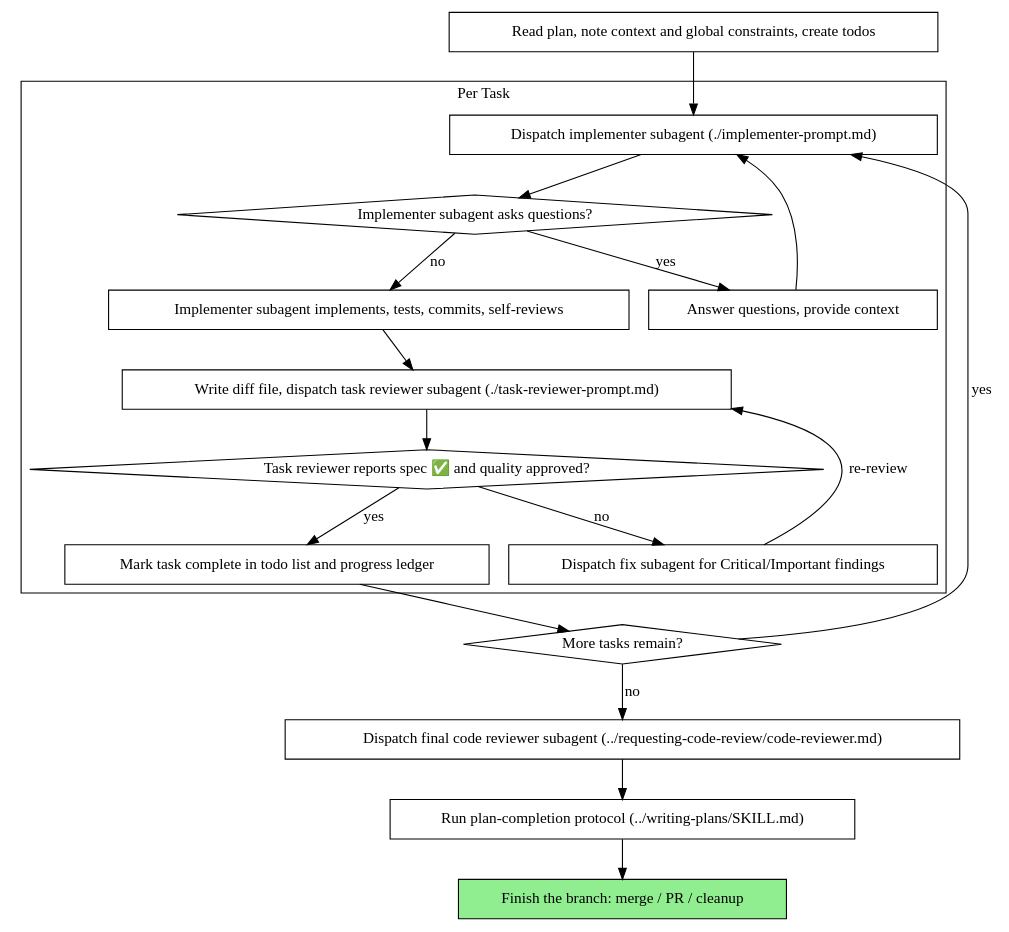
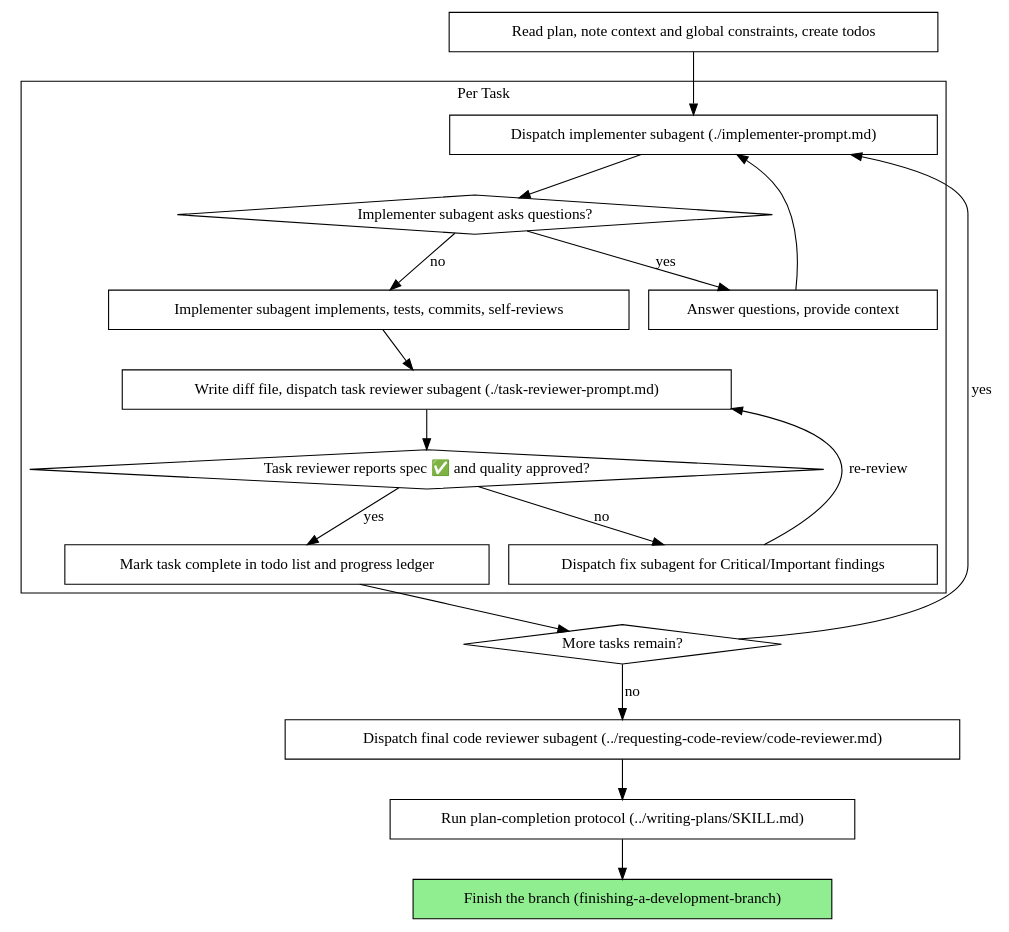
The second of 2 diagrams in skills/subagent-driven-development/SKILL.md (lowmason/agent-skills), drawn with Graphviz before and after one commit. The commit also changed other lines of this file and 4 other files, not shown here.

````diff
--- a/skills/subagent-driven-development/SKILL.md
+++ b/skills/subagent-driven-development/SKILL.md
@@ -56,39 +52,39 @@
 ```dot
 digraph process {
     rankdir=TB;
 
     subgraph cluster_per_task {
         label="Per Task";
         "Dispatch implementer subagent (./implementer-prompt.md)" [shape=box];
         "Implementer subagent asks questions?" [shape=diamond];
         "Answer questions, provide context" [shape=box];
         "Implementer subagent implements, tests, commits, self-reviews" [shape=box];
         "Write diff file, dispatch task reviewer subagent (./task-reviewer-prompt.md)" [shape=box];
         "Task reviewer reports spec ✅ and quality approved?" [shape=diamond];
         "Dispatch fix subagent for Critical/Important findings" [shape=box];
         "Mark task complete in todo list and progress ledger" [shape=box];
     }
 
     "Read plan, note context and global constraints, create todos" [shape=box];
     "More tasks remain?" [shape=diamond];
     "Dispatch final code reviewer subagent (../requesting-code-review/code-reviewer.md)" [shape=box];
     "Run plan-completion protocol (../writing-plans/SKILL.md)" [shape=box];
-    "Finish the branch: merge / PR / cleanup" [shape=box style=filled fillcolor=lightgreen];
+    "Finish the branch (finishing-a-development-branch)" [shape=box style=filled fillcolor=lightgreen];
 
     "Read plan, note context and global constraints, create todos" -> "Dispatch implementer subagent (./implementer-prompt.md)";
     "Dispatch implementer subagent (./implementer-prompt.md)" -> "Implementer subagent asks questions?";
     "Implementer subagent asks questions?" -> "Answer questions, provide context" [label="yes"];
     "Answer questions, provide context" -> "Dispatch implementer subagent (./implementer-prompt.md)";
     "Implementer subagent asks questions?" -> "Implementer subagent implements, tests, commits, self-reviews" [label="no"];
     "Implementer subagent implements, tests, commits, self-reviews" -> "Write diff file, dispatch task reviewer subagent (./task-reviewer-prompt.md)";
     "Write diff file, dispatch task reviewer subagent (./task-reviewer-prompt.md)" -> "Task reviewer reports spec ✅ and quality approved?";
     "Task reviewer reports spec ✅ and quality approved?" -> "Dispatch fix subagent for Critical/Important findings" [label="no"];
     "Dispatch fix subagent for Critical/Important findings" -> "Write diff file, dispatch task reviewer subagent (./task-reviewer-prompt.md)" [label="re-review"];
     "Task reviewer reports spec ✅ and quality approved?" -> "Mark task complete in todo list and progress ledger" [label="yes"];
     "Mark task complete in todo list and progress ledger" -> "More tasks remain?";
     "More tasks remain?" -> "Dispatch implementer subagent (./implementer-prompt.md)" [label="yes"];
     "More tasks remain?" -> "Dispatch final code reviewer subagent (../requesting-code-review/code-reviewer.md)" [label="no"];
     "Dispatch final code reviewer subagent (../requesting-code-review/code-reviewer.md)" -> "Run plan-completion protocol (../writing-plans/SKILL.md)";
-    "Run plan-completion protocol (../writing-plans/SKILL.md)" -> "Finish the branch: merge / PR / cleanup";
+    "Run plan-completion protocol (../writing-plans/SKILL.md)" -> "Finish the branch (finishing-a-development-branch)";
 }
 ```
````
